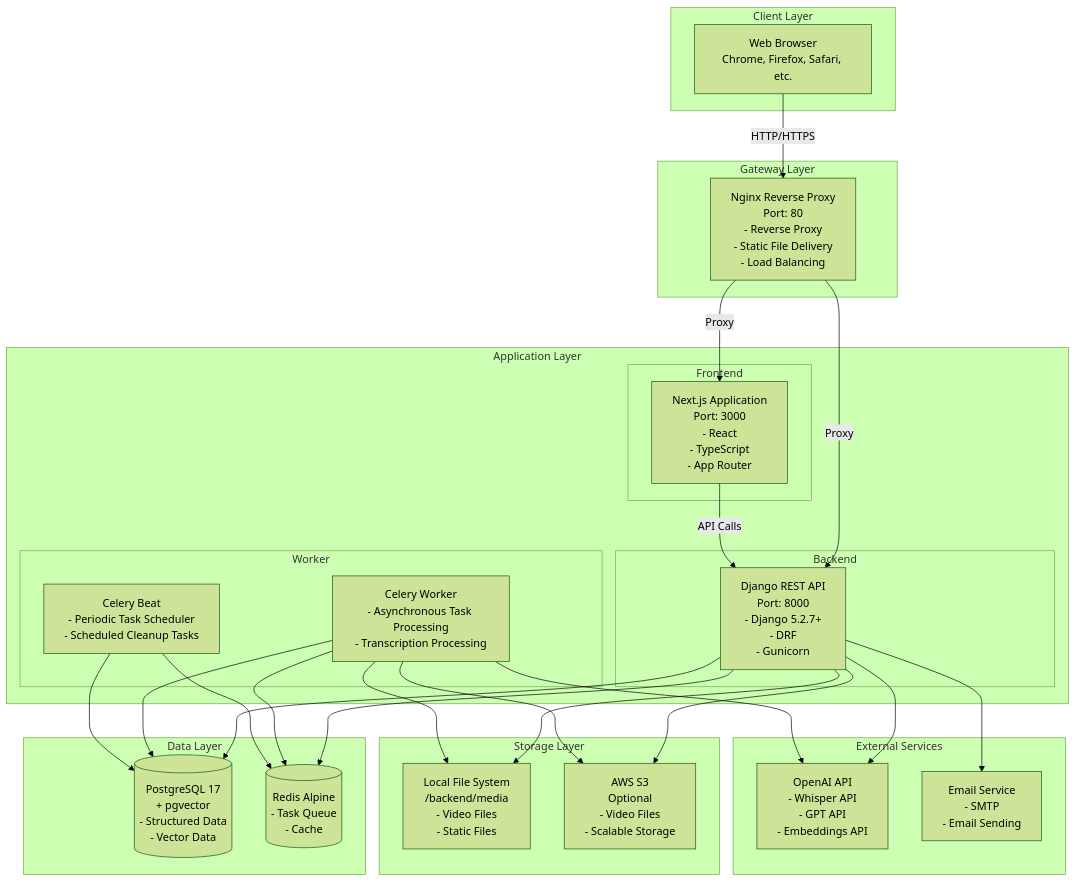
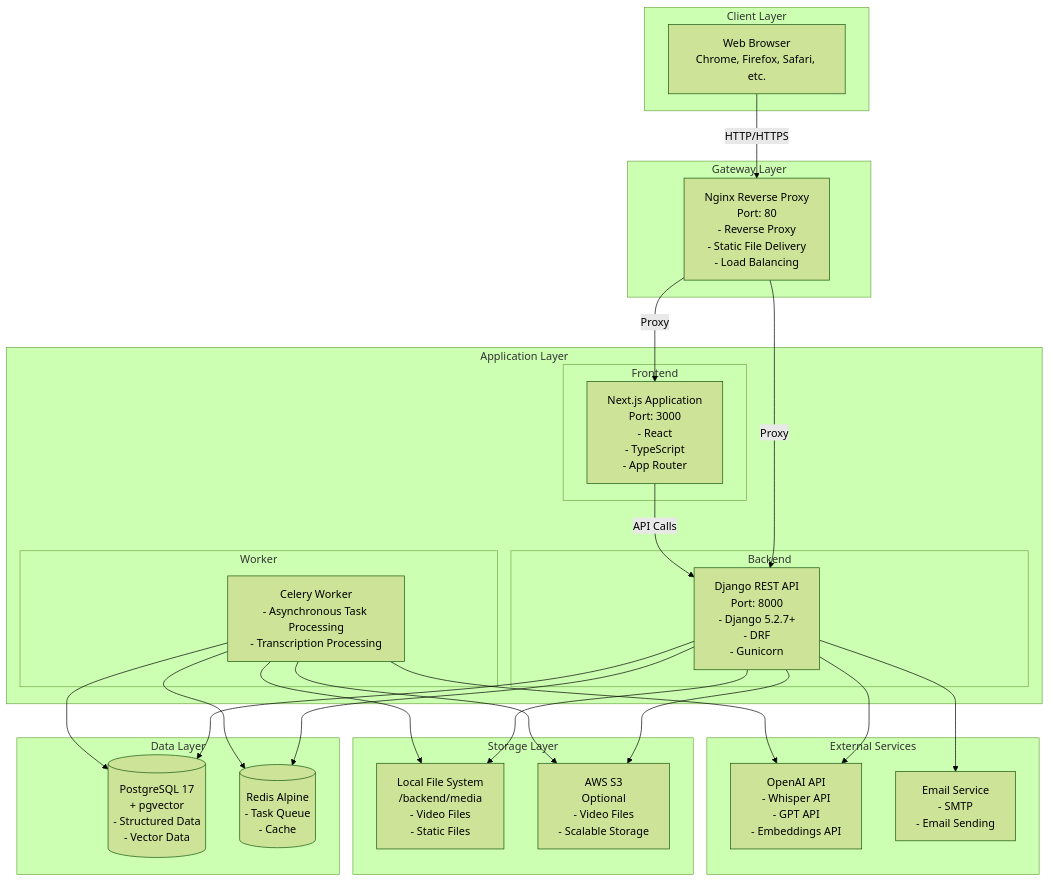
The first of 7 diagrams in docs/architecture/system-configuration-diagram.md (yukiharada1228/videoq), drawn with Mermaid (forest theme) before and after one commit. The commit also changed 3 other files, not shown here.

````diff
--- a/docs/architecture/system-configuration-diagram.md
+++ b/docs/architecture/system-configuration-diagram.md
@@ -9,58 +9,55 @@
 ```mermaid
 graph TB
     subgraph Client["Client Layer"]
         Browser[Web Browser<br/>Chrome, Firefox, Safari, etc.]
     end
     
     subgraph Gateway["Gateway Layer"]
         Nginx[Nginx Reverse Proxy<br/>Port: 80<br/>- Reverse Proxy<br/>- Static File Delivery<br/>- Load Balancing]
     end
     
     subgraph Application["Application Layer"]
         subgraph Frontend["Frontend"]
             NextJS[Next.js Application<br/>Port: 3000<br/>- React<br/>- TypeScript<br/>- App Router]
         end
         
         subgraph Backend["Backend"]
             Django[Django REST API<br/>Port: 8000<br/>- Django 5.2.7+<br/>- DRF<br/>- Gunicorn]
         end
         
         subgraph Worker["Worker"]
             Celery[Celery Worker<br/>- Asynchronous Task Processing<br/>- Transcription Processing]
-            CeleryBeat[Celery Beat<br/>- Periodic Task Scheduler<br/>- Scheduled Cleanup Tasks]
         end
     end
     
     subgraph Data["Data Layer"]
         PostgreSQL[(PostgreSQL 17<br/>+ pgvector<br/>- Structured Data<br/>- Vector Data)]
         Redis[(Redis Alpine<br/>- Task Queue<br/>- Cache)]
     end
     
     subgraph Storage["Storage Layer"]
         LocalFS[Local File System<br/>/backend/media<br/>- Video Files<br/>- Static Files]
         S3[AWS S3<br/>Optional<br/>- Video Files<br/>- Scalable Storage]
     end
     
     subgraph External["External Services"]
         OpenAI[OpenAI API<br/>- Whisper API<br/>- GPT API<br/>- Embeddings API]
         Email[Email Service<br/>- SMTP<br/>- Email Sending]
     end
     
     Browser -->|HTTP/HTTPS| Nginx
     Nginx -->|Proxy| NextJS
     Nginx -->|Proxy| Django
     NextJS -->|API Calls| Django
     Django --> PostgreSQL
     Django --> Redis
     Django --> LocalFS
     Django --> S3
     Django --> OpenAI
     Django --> Email
     Celery --> Redis
     Celery --> PostgreSQL
     Celery --> LocalFS
     Celery --> S3
     Celery --> OpenAI
-    CeleryBeat --> Redis
-    CeleryBeat --> PostgreSQL
 ```
````
